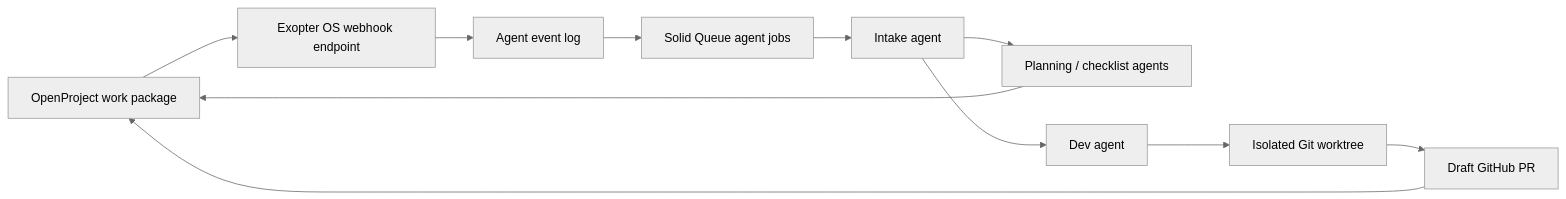
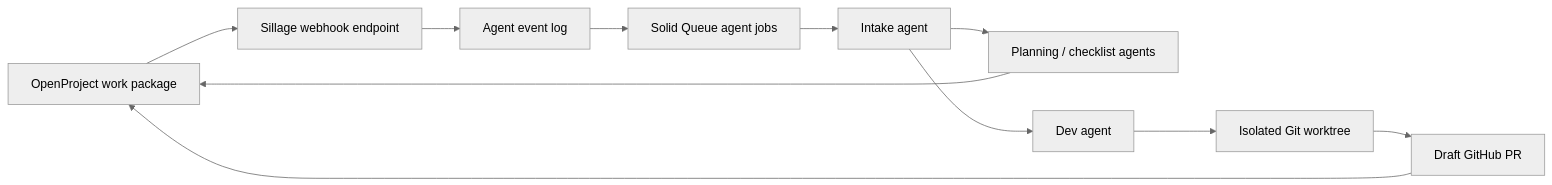
One commit to Exopter/sillage changed the diagram in docs/openproject-agent-workflow/README.md. Above: the diagram before and after it, drawn with Mermaid (neutral theme). The commit also changed other lines of this file and 70 other files, not shown here.

Commit message:
feat: rename Exopter OS to Sillage

````diff
--- a/docs/openproject-agent-workflow/README.md
+++ b/docs/openproject-agent-workflow/README.md
@@ -54,13 +54,13 @@
 ```mermaid
 flowchart LR
-  OP["OpenProject work package"] --> WH["Exopter OS webhook endpoint"]
+  OP["OpenProject work package"] --> WH["Sillage webhook endpoint"]
   WH --> EV["Agent event log"]
   EV --> Q["Solid Queue agent jobs"]
   Q --> IN["Intake agent"]
   IN --> PL["Planning / checklist agents"]
   IN --> DV["Dev agent"]
   DV --> WT["Isolated Git worktree"]
   WT --> PR["Draft GitHub PR"]
   PL --> OP
   PR --> OP
 ```
````
